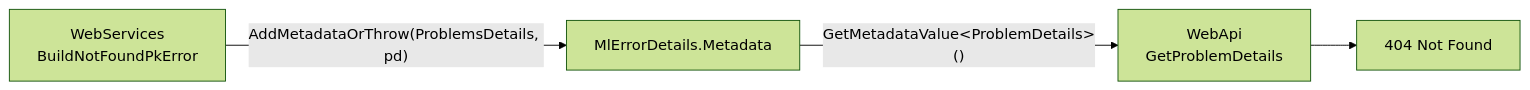
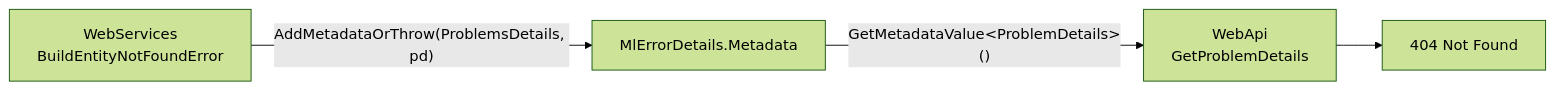
The diagram in src/MoralesLarios.OOFP.Shared/README.md (moraleslarios/FOOP), drawn with Mermaid (forest theme) before and after one commit. The commit also changed 51 other files, not shown here.

````diff
--- a/src/MoralesLarios.OOFP.Shared/README.md
+++ b/src/MoralesLarios.OOFP.Shared/README.md
@@ -82,6 +82,6 @@
 ```mermaid
 flowchart LR
-    A["WebServices<br/>BuildNotFoundPkError"] -->|"AddMetadataOrThrow(ProblemsDetails, pd)"| B["MlErrorDetails.Metadata"]
+    A["WebServices<br/>BuildEntityNotFoundError"] -->|"AddMetadataOrThrow(ProblemsDetails, pd)"| B["MlErrorDetails.Metadata"]
     B -->|"GetMetadataValue&lt;ProblemDetails&gt;()"| C["WebApi<br/>GetProblemDetails"]
     C --> D["404 Not Found"]
 ```
````
